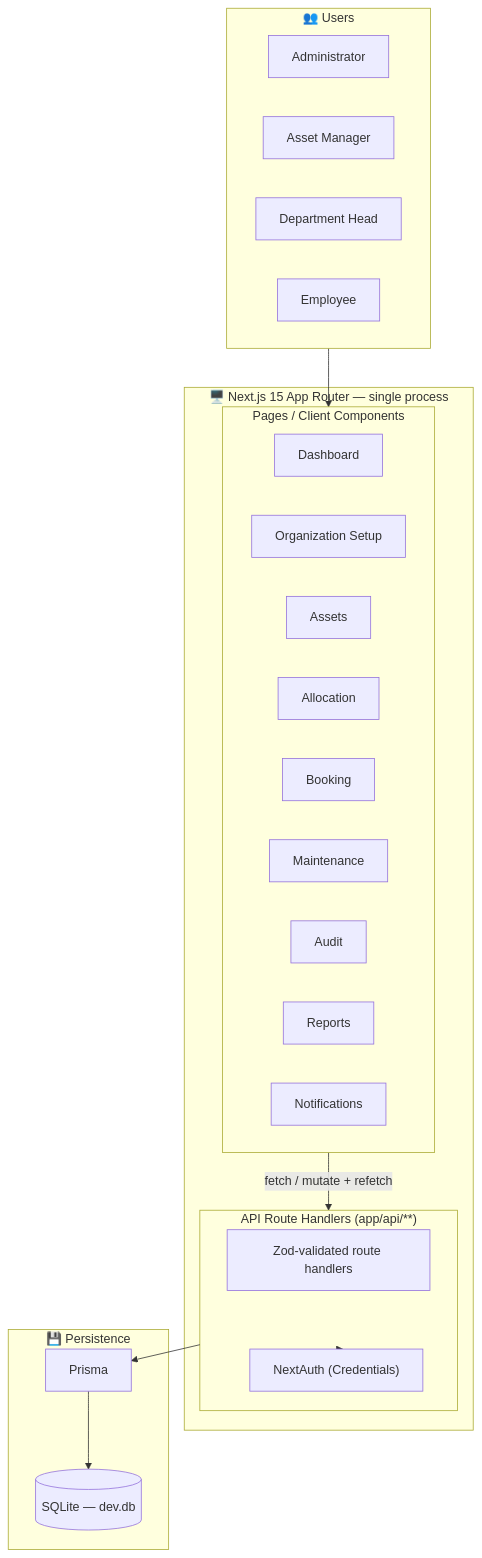
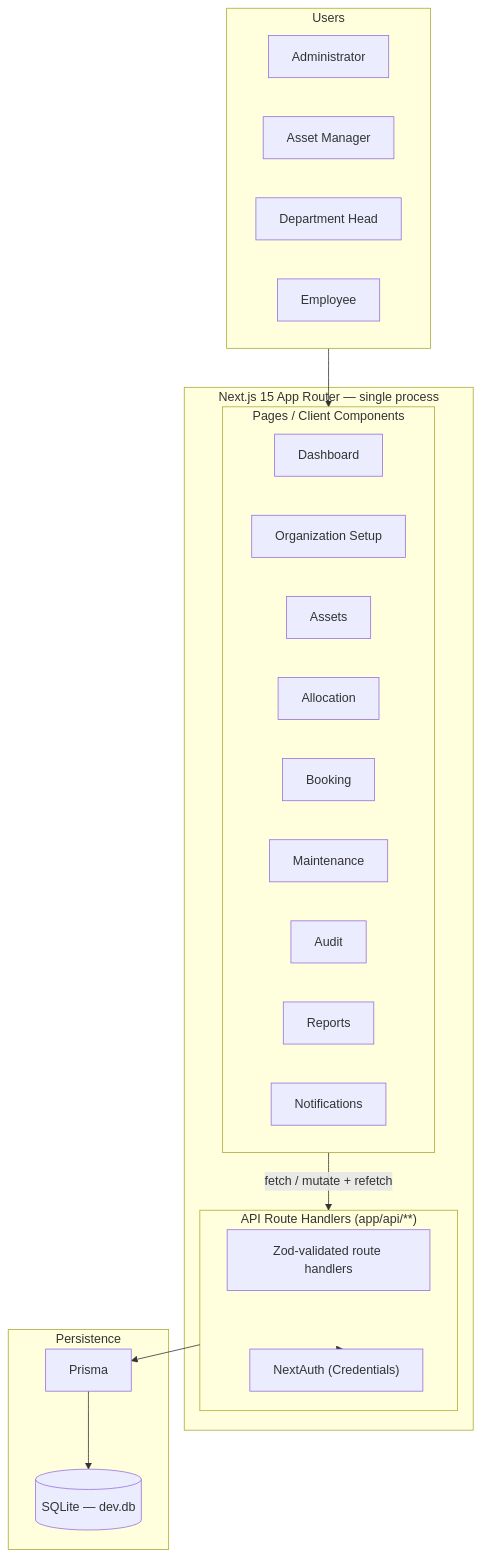
One commit to shrxprxyx/odoo-hackathon changed the first of 7 diagrams in readme.md. Above: the diagram before and after it, drawn with Mermaid. The commit also changed other lines of this file, not shown here.

````diff
--- a/readme.md
+++ b/readme.md
@@ -17,40 +17,40 @@
 ```mermaid
 flowchart TB
 
-subgraph USERS["👥 Users"]
+subgraph USERS["Users"]
 A1[Administrator]
 A2[Asset Manager]
 A3[Department Head]
 A4[Employee]
 end
 
-subgraph APP["🖥️ Next.js 15 App Router — single process"]
+subgraph APP["Next.js 15 App Router — single process"]
   subgraph PAGES["Pages / Client Components"]
     Dashboard
     OrgSetup["Organization Setup"]
     Assets
     Allocation
     Booking
     Maintenance
     Audit
     Reports
     Notifications
   end
 
   subgraph API["API Route Handlers (app/api/**)"]
     Routes["Zod-validated route handlers"]
     AuthLib["NextAuth (Credentials)"]
   end
 end
 
-subgraph STORAGE["💾 Persistence"]
+subgraph STORAGE["Persistence"]
   Prisma
   SQLite[(SQLite — dev.db)]
 end
 
 USERS --> PAGES
 PAGES -->|fetch / mutate + refetch| API
 API --> AuthLib
 API --> Prisma
 Prisma --> SQLite
 ```
````
